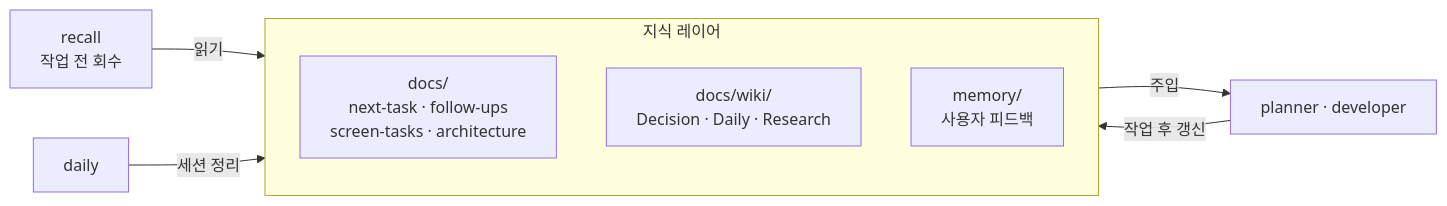
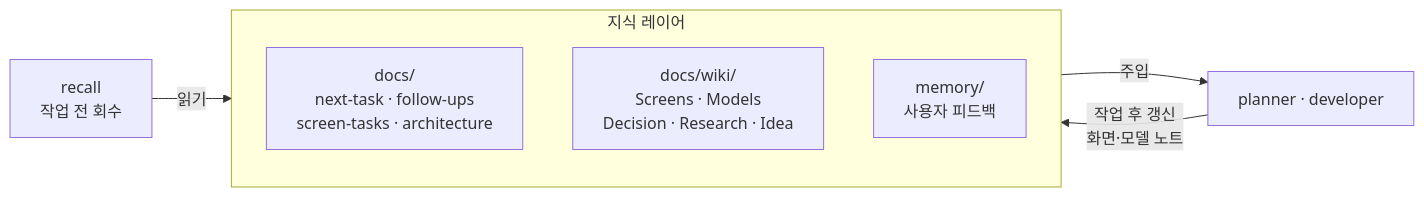
The second of 2 diagrams in docs/agents/overview.md (lks574/HomePinApp_iOS), drawn with Mermaid before and after one commit. The commit also changed other lines of this file and 16 other files, not shown here.

````diff
--- a/docs/agents/overview.md
+++ b/docs/agents/overview.md
@@ -73,12 +72,11 @@
 ```mermaid
 flowchart LR
     subgraph K[지식 레이어]
         DOC[docs/<br/>next-task · follow-ups<br/>screen-tasks · architecture]
-        WIKI[docs/wiki/<br/>Decision · Daily · Research]
+        WIKI[docs/wiki/<br/>Screens · Models<br/>Decision · Research · Idea]
         MEM[memory/<br/>사용자 피드백]
     end
     RECALL[recall<br/>작업 전 회수] -->|읽기| K
     K -->|주입| FLOW[planner · developer]
-    FLOW -->|작업 후 갱신| K
-    DAILY[daily] -->|세션 정리| K
+    FLOW -->|작업 후 갱신<br/>화면·모델 노트| K
 ```
````
